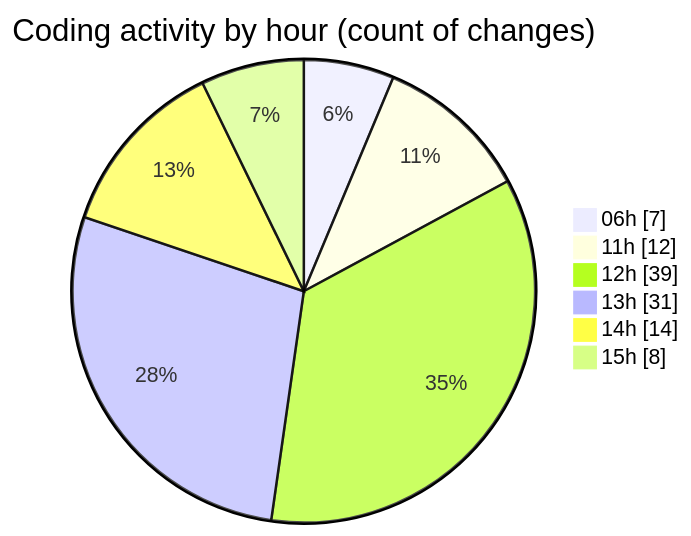
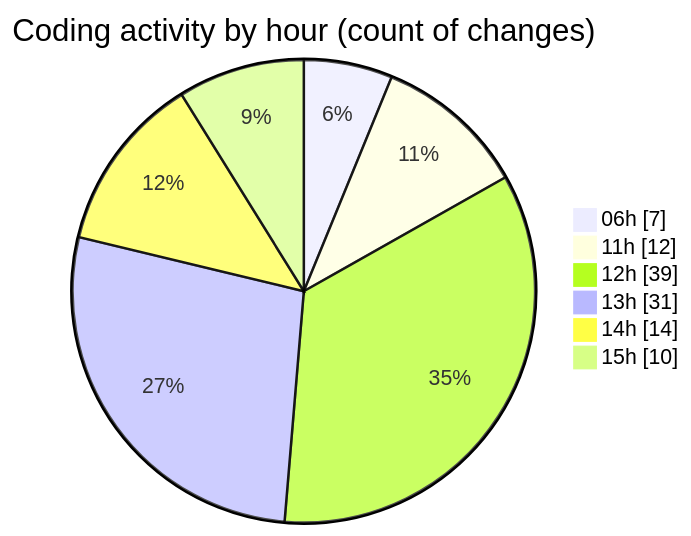
One commit to EIIisD/code-tracking changed the second of 2 diagrams in 2025-07-14/ribbon/README.md. Above: the diagram before and after it, drawn with Mermaid. The commit also changed other lines of this file and 1 other file, not shown here.

````diff
--- a/2025-07-14/ribbon/README.md
+++ b/2025-07-14/ribbon/README.md
@@ -64,10 +65,10 @@
 ```mermaid
 pie showData
 title Coding activity by hour (count of changes)
 "06h" : 7
 "11h" : 12
 "12h" : 39
 "13h" : 31
 "14h" : 14
-"15h" : 8
+"15h" : 10
 ```
````
